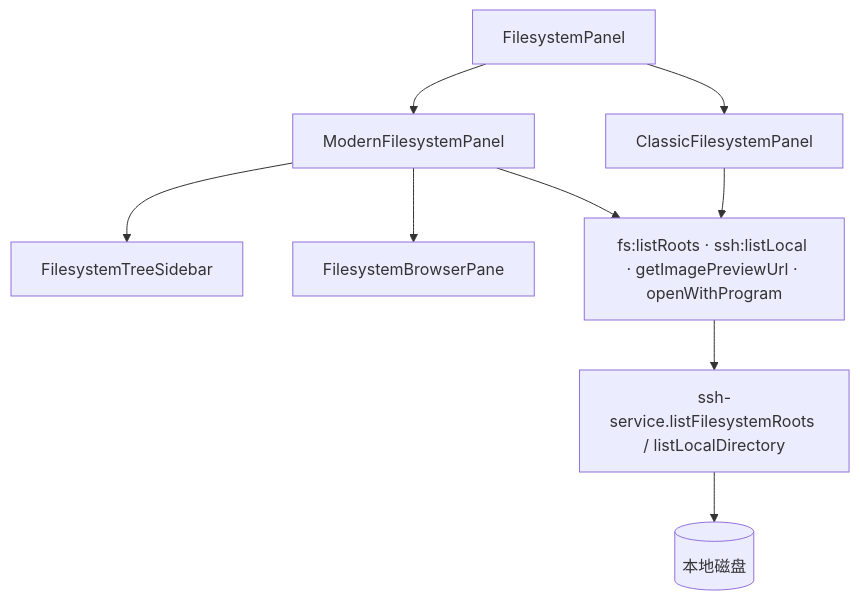
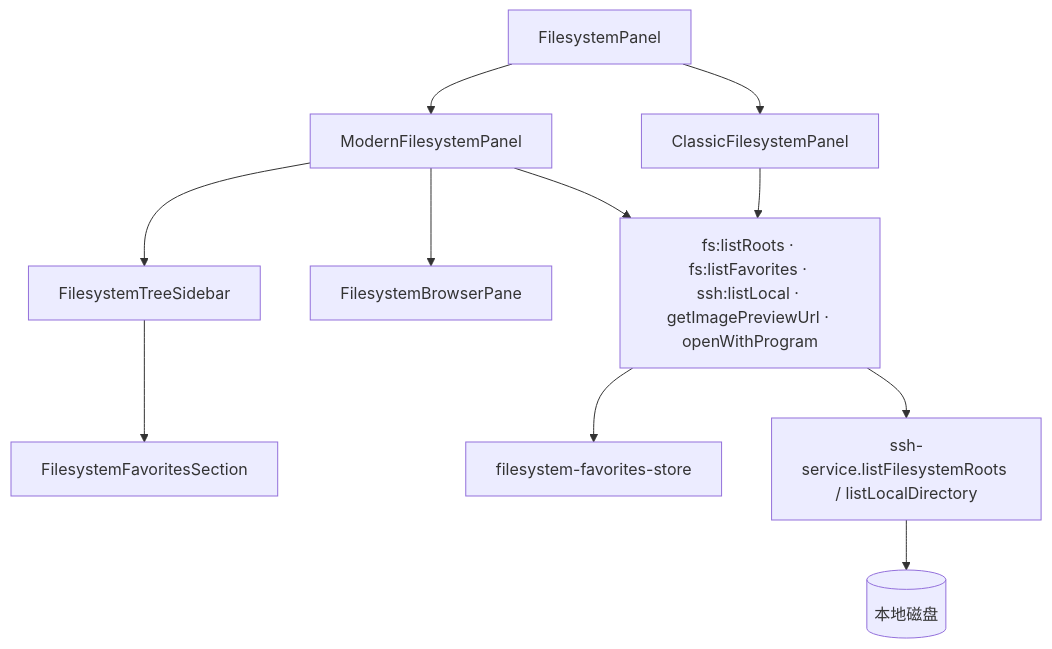
Before and after one commit to Landers1037/NioZy: the first of 2 diagrams in docs/功能文件系统.md, drawn with Mermaid. The commit also changed other lines of this file and 15 other files, not shown here.

First line of the commit message:
feat(filesystem): add persistent favorites sidebar for modern UI

````diff
--- a/docs/功能文件系统.md
+++ b/docs/功能文件系统.md
@@ -32,19 +34,23 @@
 ```mermaid
 flowchart TB
   Panel["FilesystemPanel"]
   Classic["ClassicFilesystemPanel"]
   Modern["ModernFilesystemPanel"]
   Tree["FilesystemTreeSidebar"]
+  Favorites["FilesystemFavoritesSection"]
   Browser["FilesystemBrowserPane"]
-  API["fs:listRoots · ssh:listLocal · getImagePreviewUrl · openWithProgram"]
+  API["fs:listRoots · fs:listFavorites · ssh:listLocal · getImagePreviewUrl · openWithProgram"]
+  Store["filesystem-favorites-store"]
   FS["ssh-service.listFilesystemRoots / listLocalDirectory"]
   OS[("本地磁盘")]
 
   Panel --> Classic
   Panel --> Modern
   Modern --> Tree
+  Tree --> Favorites
   Modern --> Browser
   Classic --> API
   Modern --> API
+  API --> Store
   API --> FS --> OS
 ```
````
